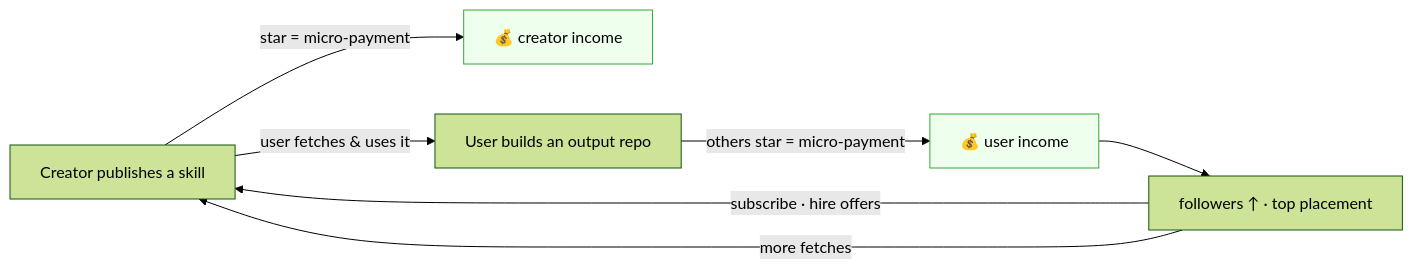
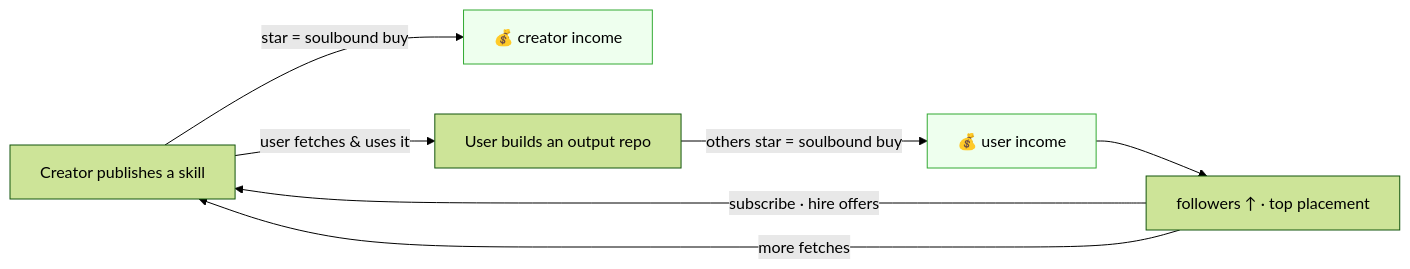
The ninth of 9 diagrams in about.md (IQCoreTeam/AgentNet), drawn with Mermaid (forest theme) before and after one commit. The commit also changed other lines of this file and 3 other files, not shown here.

````diff
--- a/about.md
+++ b/about.md
@@ -330,11 +331,11 @@
 ```mermaid
 flowchart LR
-    A[Creator publishes a skill] -->|star = micro-payment| B[💰 creator income]
+    A[Creator publishes a skill] -->|star = soulbound buy| B[💰 creator income]
     A -->|user fetches & uses it| C[User builds an output repo]
-    C -->|others star = micro-payment| D[💰 user income]
+    C -->|others star = soulbound buy| D[💰 user income]
     D --> E[followers ↑ · top placement]
     E -->|subscribe · hire offers| A
     E -->|more fetches| A
     style B fill:#efe,stroke:#3a3
     style D fill:#efe,stroke:#3a3
 ```
````
